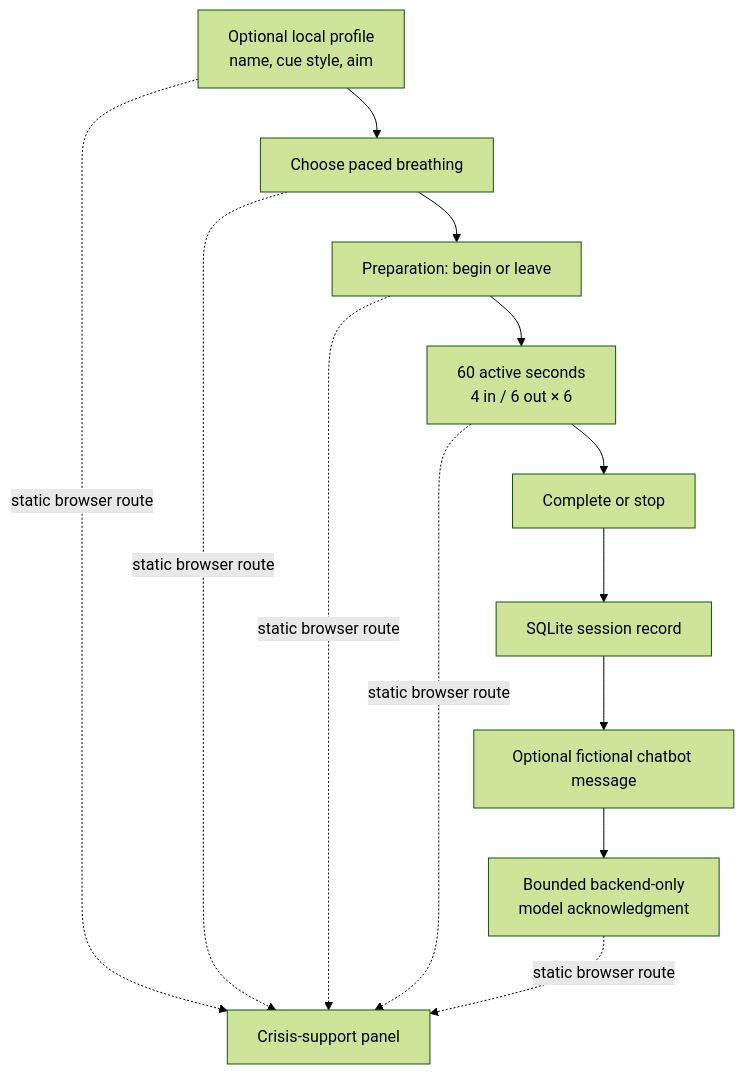
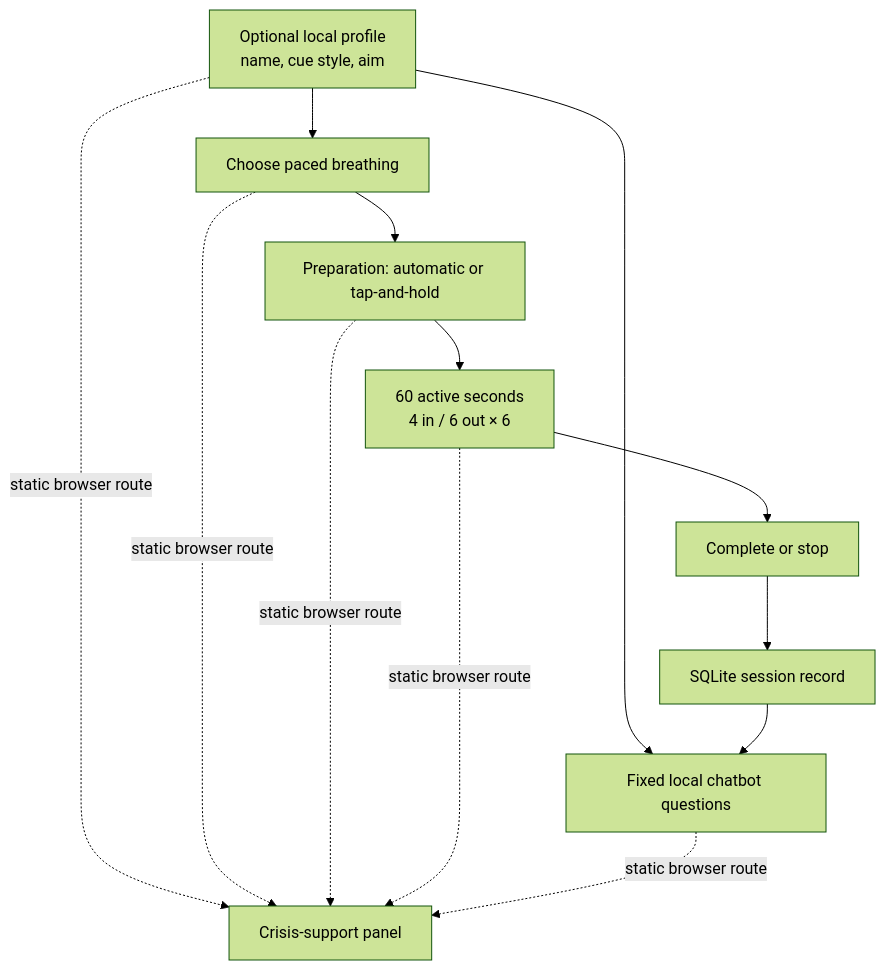
The diagram in docs/design.md (bkaping/expedia-lite), drawn with Mermaid (forest theme) before and after one commit. The commit also changed other lines of this file and 13 other files, not shown here.

````diff
--- a/docs/design.md
+++ b/docs/design.md
@@ -7,15 +7,15 @@
 ```mermaid
 flowchart TD
   A[Optional local profile\nname, cue style, aim] --> B[Choose paced breathing]
-  B --> C[Preparation: begin or leave]
+  B --> C[Preparation: automatic or tap-and-hold]
   C --> D[60 active seconds\n4 in / 6 out × 6]
   D --> E[Complete or stop]
   E --> F[SQLite session record]
-  F --> G[Optional fictional chatbot message]
-  G --> I[Bounded backend-only\nmodel acknowledgment]
+  A --> G[Fixed local chatbot questions]
+  F --> G
   A -. static browser route .-> H[Crisis-support panel]
   B -. static browser route .-> H
   C -. static browser route .-> H
   D -. static browser route .-> H
-  I -. static browser route .-> H
+  G -. static browser route .-> H
 ```
````
